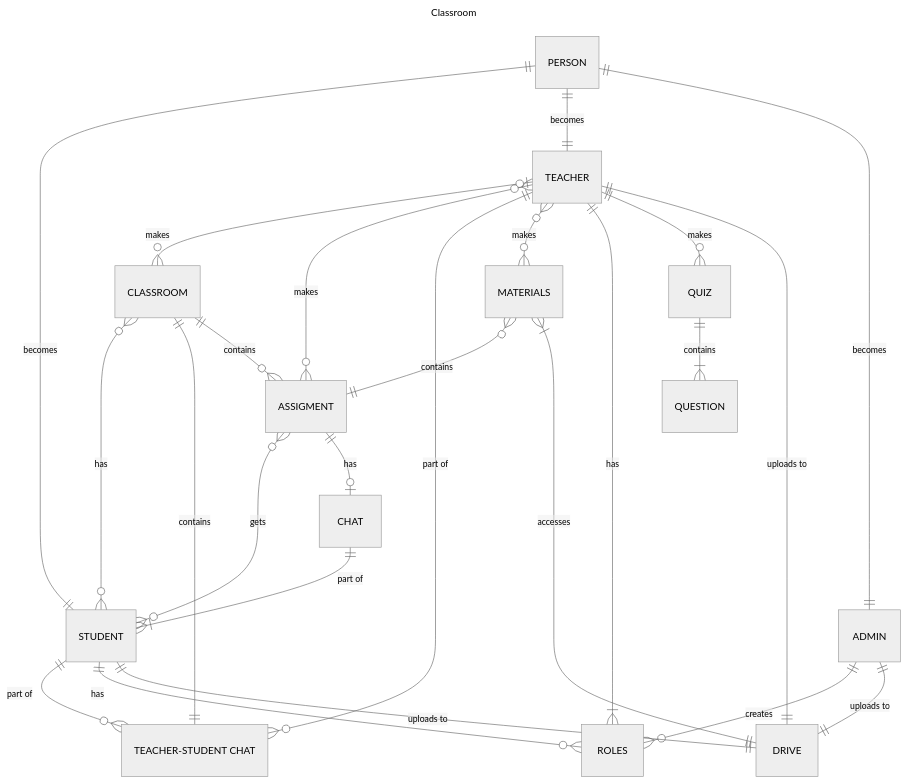
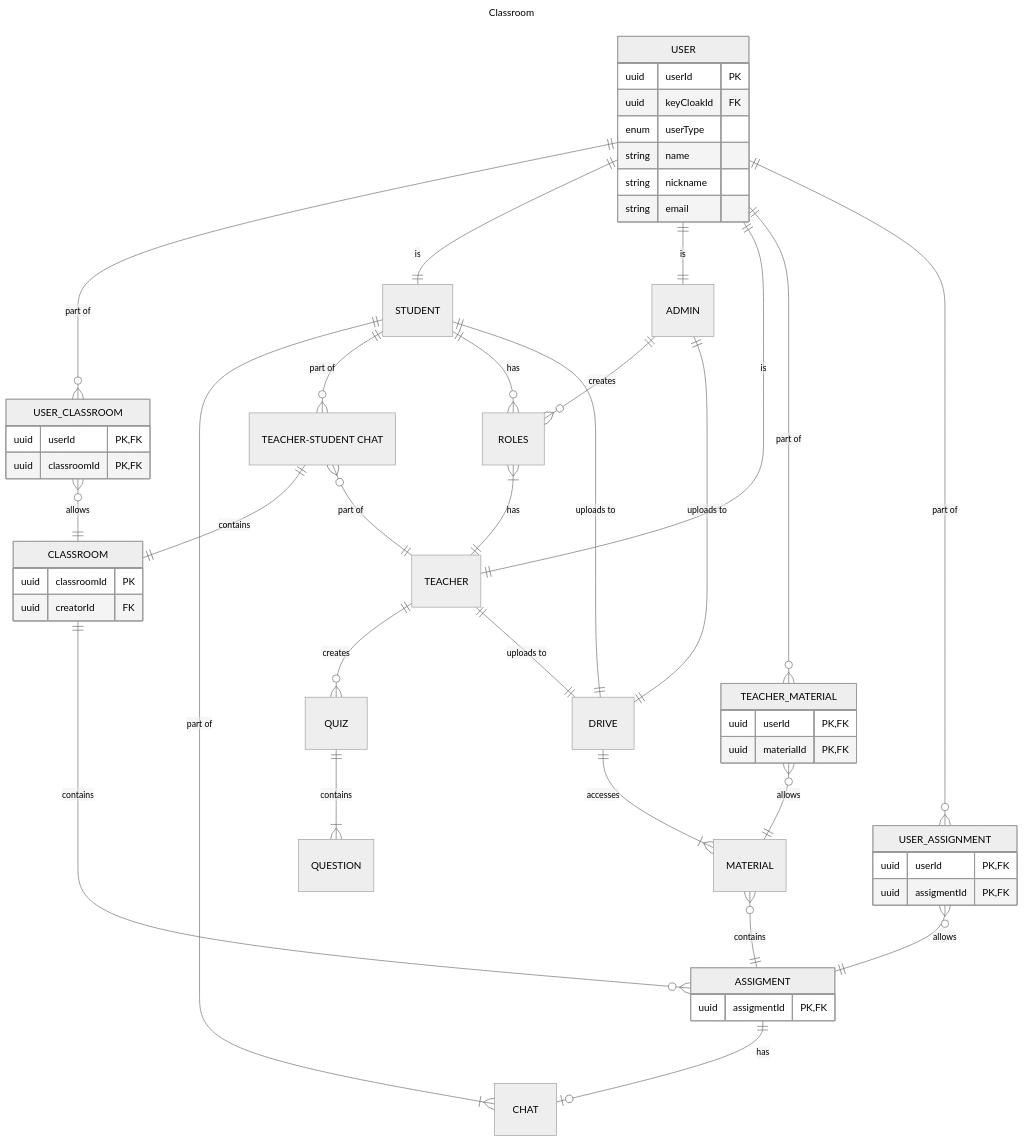
One commit to Pollak-Projects/lp changed the diagram in documentation/diagrams/erdClassroom.mmd. Above: the diagram before and after it, drawn with Mermaid (neutral theme).

Commit message:
it gets worse before it gets better

```diff
--- a/documentation/diagrams/erdClassroom.mmd
+++ b/documentation/diagrams/erdClassroom.mmd
@@ -1,38 +1,88 @@
 ---
 title: Classroom
 ---
 
 erDiagram
-    PERSON ||--|| STUDENT : becomes
-    PERSON ||--|| TEACHER : becomes
-    PERSON ||--|| ADMIN : becomes
+    USER ||--o{ USER_CLASSROOM : "part of"
+    USER_CLASSROOM }o--|| CLASSROOM : allows
+    USER ||--|| STUDENT : is
+    USER ||--|| ADMIN : is
+    USER ||--|| TEACHER : is
 
-    TEACHER |o--o{ CLASSROOM : makes
-    TEACHER }o--o{ ASSIGMENT : makes
-    TEACHER ||--o{ "TEACHER-STUDENT CHAT" : "part of"
-    TEACHER }o--o{ MATERIALS : makes
-    TEACHER ||--|{ ROLES : has
-    TEACHER ||--o{ QUIZ : makes
+%%    TEACHER }o--o{ CLASSROOM : creates
+    TEACHER ||--o{ QUIZ : creates
+%%    TEACHER }o--o{ ASSIGMENT : makes
+    ROLES }|--|| TEACHER : has
 
     QUIZ ||--|{ QUESTION : contains
 
-    ASSIGMENT }o--o{ STUDENT : gets
+%%    STUDENT }o--o{ ASSIGMENT : gets
 
-    MATERIALS }o--|| ASSIGMENT : contains
-    MATERIALS }|--|| DRIVE : accesses
+    "TEACHER-STUDENT CHAT" ||--|| CLASSROOM : contains
 
-    CLASSROOM }o--o{ STUDENT : has
-    CLASSROOM ||--|| "TEACHER-STUDENT CHAT" : contains
+    MATERIAL }o--|| ASSIGMENT : contains
+    DRIVE ||--|{ MATERIAL : accesses
+
+%%    STUDENT }o--o{ CLASSROOM : "part of"
+    "TEACHER-STUDENT CHAT" }o--|| TEACHER : "part of"
     CLASSROOM ||--o{ ASSIGMENT : contains
 
     ASSIGMENT ||--o| CHAT : has
-    CHAT ||--|{ STUDENT : "part of"
+    STUDENT ||--|{ CHAT : "part of"
 
-    STUDENT ||--o{ "TEACHER-STUDENT CHAT" : "part of"
+    STUDENT ||--o{  "TEACHER-STUDENT CHAT" : "part of"
     STUDENT ||--o{ ROLES : has
-
-    ADMIN ||--o{ ROLES : creates
 
     STUDENT ||--|| DRIVE : "uploads to"
     TEACHER ||--|| DRIVE : "uploads to"
+%%    TEACHER }o--o{ MATERIAL : makes
+    ADMIN ||--o{ ROLES : creates
     ADMIN ||--|| DRIVE : "uploads to"
+
+    USER ||--o{ TEACHER_MATERIAL : "part of"
+    TEACHER_MATERIAL }o--|| MATERIAL : allows
+
+    USER ||--o{ USER_ASSIGNMENT : "part of"
+    USER_ASSIGNMENT }o--|| ASSIGMENT : allows
+
+
+    %% Connection tables
+    USER_CLASSROOM {
+        uuid userId PK, FK
+        uuid classroomId PK, FK
+    }
+
+    USER_ASSIGNMENT {
+        uuid userId PK, FK
+        uuid assigmentId PK, FK
+    }
+
+    TEACHER_MATERIAL {
+        uuid userId PK, FK
+        uuid materialId PK, FK
+    }
+
+
+    %% Definitions of attributes
+    USER {
+        uuid userId PK
+        %% TODO figure out what keycloak gives as an identifier
+        uuid keyCloakId FK
+        enum userType
+        string name
+        string nickname
+        string email
+    }
+
+    TEACHER {
+        %% uuid userId FK
+    }
+
+    CLASSROOM {
+        uuid classroomId PK
+        uuid creatorId FK
+    }
+
+    ASSIGMENT {
+        uuid assigmentId PK, FK
+    }
```
